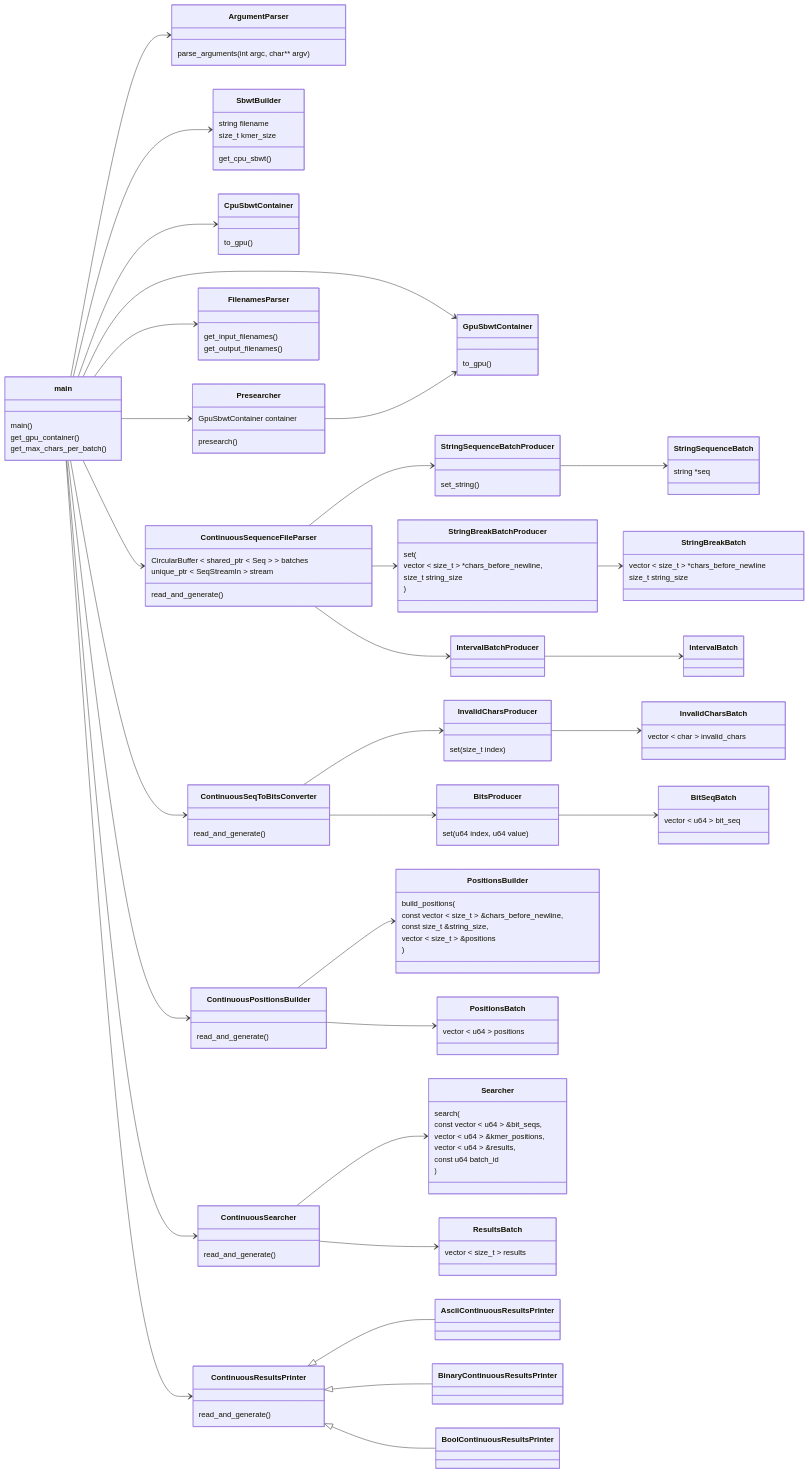
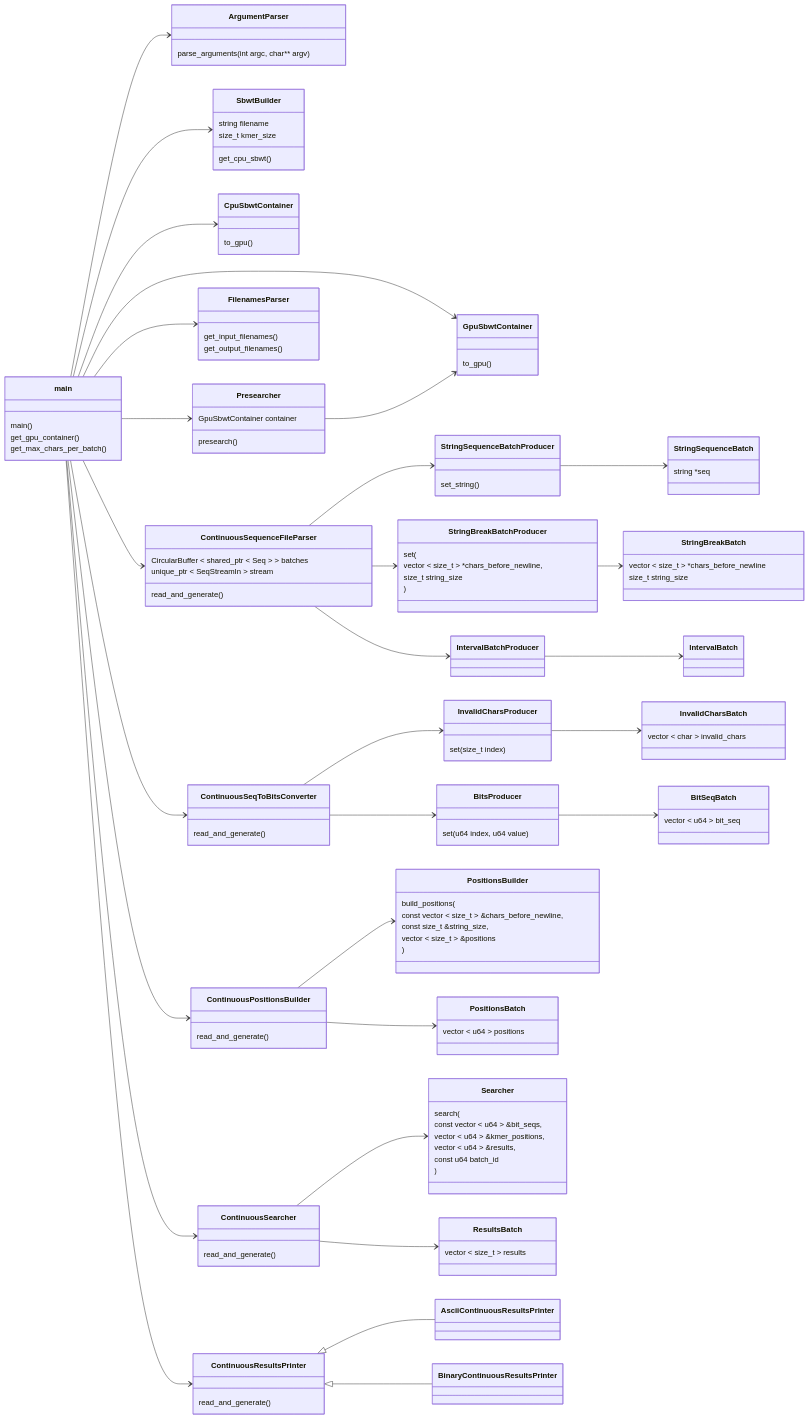
One commit to CowKeyMan/SBWT-Search changed the diagram in documentation/Documents/ProjectDocumentation/graphs/IndexSearchClasshierarchy.mmd. Above: the diagram before and after it, drawn with Mermaid. The commit also changed 9 other files, not shown here.

Commit message:
Add stream support and remove BoolContinuousResultsPrinter and improve testing for index_pipeline

```diff
--- a/documentation/Documents/ProjectDocumentation/graphs/IndexSearchClasshierarchy.mmd
+++ b/documentation/Documents/ProjectDocumentation/graphs/IndexSearchClasshierarchy.mmd
@@ -1,135 +1,134 @@
 classDiagram
   direction LR
   main --> ArgumentParser
   main --> SbwtBuilder
   main --> CpuSbwtContainer
   main --> GpuSbwtContainer
   main --> Presearcher
   Presearcher --> GpuSbwtContainer
   main --> FilenamesParser
 
   main --> ContinuousSequenceFileParser
   ContinuousSequenceFileParser --> StringSequenceBatchProducer
   StringSequenceBatchProducer --> StringSequenceBatch
   ContinuousSequenceFileParser --> StringBreakBatchProducer
   StringBreakBatchProducer --> StringBreakBatch
   ContinuousSequenceFileParser --> IntervalBatchProducer
   IntervalBatchProducer --> IntervalBatch
 
   main --> ContinuousSeqToBitsConverter
   ContinuousSeqToBitsConverter --> InvalidCharsProducer
   InvalidCharsProducer --> InvalidCharsBatch
   ContinuousSeqToBitsConverter --> BitsProducer
   BitsProducer --> BitSeqBatch
 
   main --> ContinuousPositionsBuilder
   ContinuousPositionsBuilder --> PositionsBuilder
   ContinuousPositionsBuilder --> PositionsBatch
 
   main --> ContinuousSearcher
   ContinuousSearcher --> Searcher
   ContinuousSearcher --> ResultsBatch
 
   main --> ContinuousResultsPrinter
   ContinuousResultsPrinter <|-- AsciiContinuousResultsPrinter
   ContinuousResultsPrinter <|-- BinaryContinuousResultsPrinter
-  ContinuousResultsPrinter <|-- BoolContinuousResultsPrinter
 
   class main {
     main()
     get_gpu_container()
     get_max_chars_per_batch()
   }
   class ArgumentParser {
     parse_arguments(int argc, char** argv)
   }
   class SbwtBuilder {
     string filename
     size_t kmer_size
     get_cpu_sbwt()
   }
   class CpuSbwtContainer {
     to_gpu()
   }
   class GpuSbwtContainer {
     to_gpu()
   }
   class Presearcher {
     GpuSbwtContainer container
     presearch()
   }
   class FilenamesParser {
     get_input_filenames()
     get_output_filenames()
   }
 
   class ContinuousSequenceFileParser {
     CircularBuffer < shared_ptr < Seq > > batches
     unique_ptr < SeqStreamIn > stream
     read_and_generate()
   }
   class StringSequenceBatchProducer {
     set_string()
   }
   class StringSequenceBatch {
     string *seq
   }
   class StringBreakBatchProducer {
     set(
       vector < size_t > *chars_before_newline,
       size_t string_size
     )
   }
   class StringBreakBatch {
     vector < size_t > *chars_before_newline
     size_t string_size
   }
 
   class ContinuousSeqToBitsConverter {
     read_and_generate()
   }
   class InvalidCharsProducer {
     set(size_t index)
   }
   class InvalidCharsBatch {
     vector < char > invalid_chars
   }
   class BitsProducer {
     set(u64 index, u64 value)
   }
   class BitSeqBatch {
     vector < u64 > bit_seq
   }
 
   class ContinuousPositionsBuilder {
     read_and_generate()
   }
   class PositionsBuilder {
     build_positions(
       const vector < size_t > &chars_before_newline,
       const size_t &string_size,
       vector < size_t > &positions
     )
   }
   class PositionsBatch {
     vector < u64 > positions
   }
 
   class ContinuousSearcher {
     read_and_generate()
   }
   class Searcher {
     search(
       const vector < u64 > &bit_seqs,
       vector < u64 > &kmer_positions,
       vector < u64 > &results,
       const u64 batch_id
     )
   }
   class ResultsBatch {
     vector < size_t > results
   }
 
   class ContinuousResultsPrinter {
     read_and_generate()
   }
```
